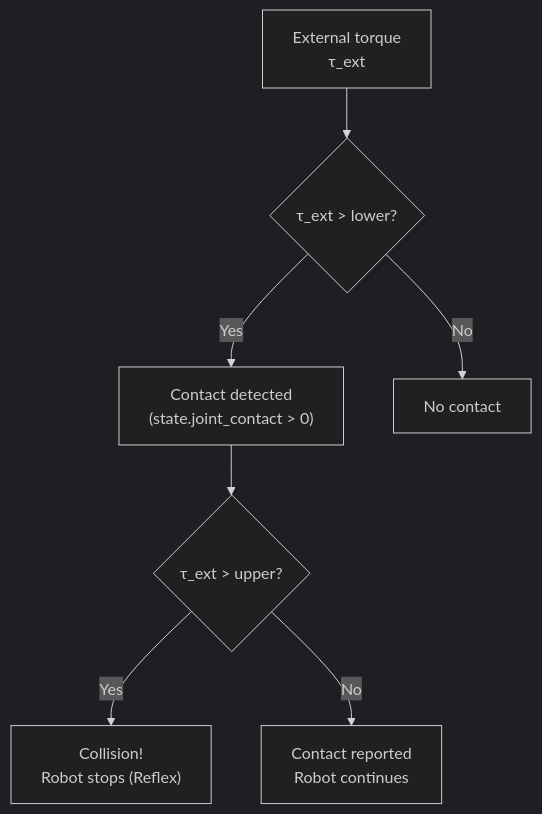
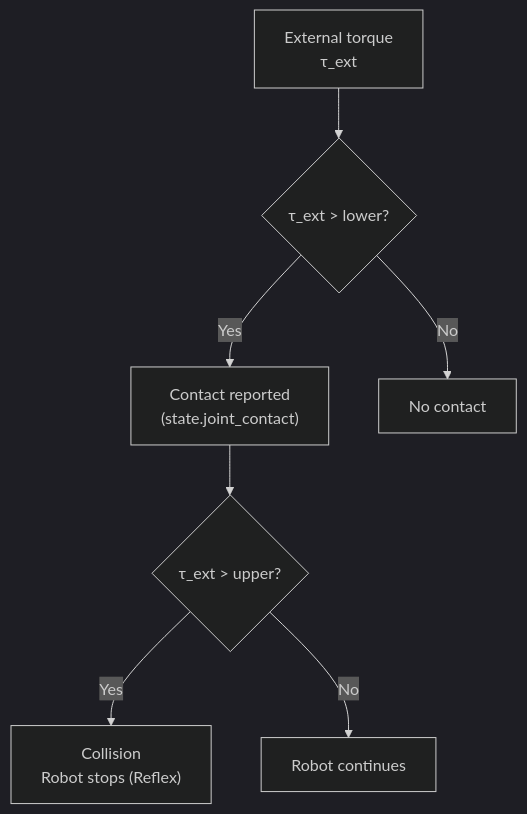
Before and after one commit to ColeTen/franka-rs: the third of 3 diagrams in docs/src/design/safety.md, drawn with Mermaid (dark theme). The commit also changed other lines of this file and 43 other files, not shown here.

````diff
--- a/docs/src/design/safety.md
+++ b/docs/src/design/safety.md
@@ -137,10 +139,10 @@
 ```mermaid
 flowchart TD
     TAU["External torque<br/>τ_ext"] --> CMP1{"τ_ext > lower?"}
-    CMP1 -->|Yes| CONTACT["Contact detected<br/>(state.joint_contact > 0)"]
+    CMP1 -->|Yes| CONTACT["Contact reported<br/>(state.joint_contact)"]
     CMP1 -->|No| NONE["No contact"]
 
     CONTACT --> CMP2{"τ_ext > upper?"}
-    CMP2 -->|Yes| COLLISION["Collision!<br/>Robot stops (Reflex)"]
-    CMP2 -->|No| REPORT["Contact reported<br/>Robot continues"]
+    CMP2 -->|Yes| COLLISION["Collision<br/>Robot stops (Reflex)"]
+    CMP2 -->|No| REPORT["Robot continues"]
 ```
````
